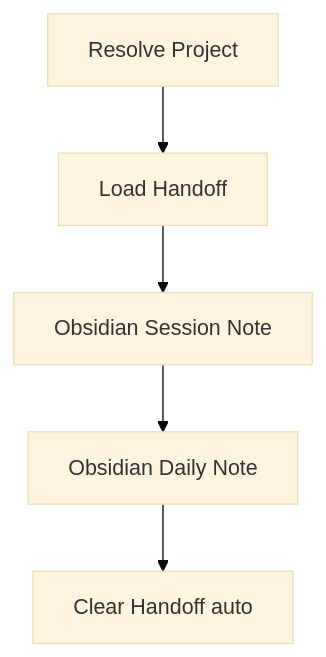
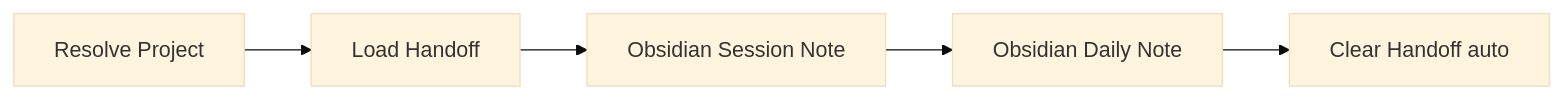
One commit to adeonir/agent-skills changed the diagram in skills/personal/wrap-up/README.md. Above: the diagram before and after it, drawn with Mermaid (base theme). The commit also changed other lines of this file and 5 other files, not shown here.

````diff
--- a/skills/personal/wrap-up/README.md
+++ b/skills/personal/wrap-up/README.md
@@ -7,7 +7,7 @@
 ```mermaid
-flowchart TD
+flowchart LR
     A[Resolve Project] --> B[Load Handoff]
     B --> C[Obsidian Session Note]
     C --> D[Obsidian Daily Note]
     D --> E[Clear Handoff auto]
 ```
````
